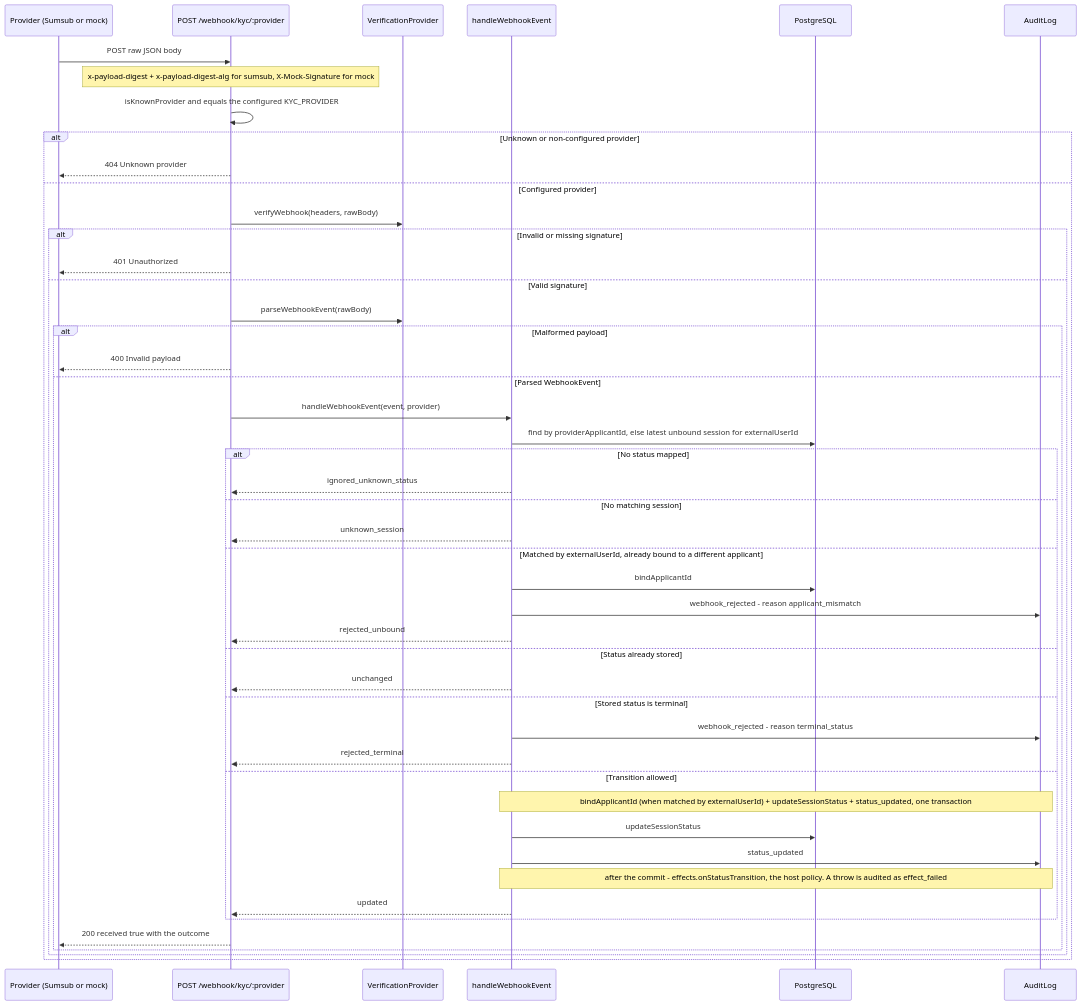
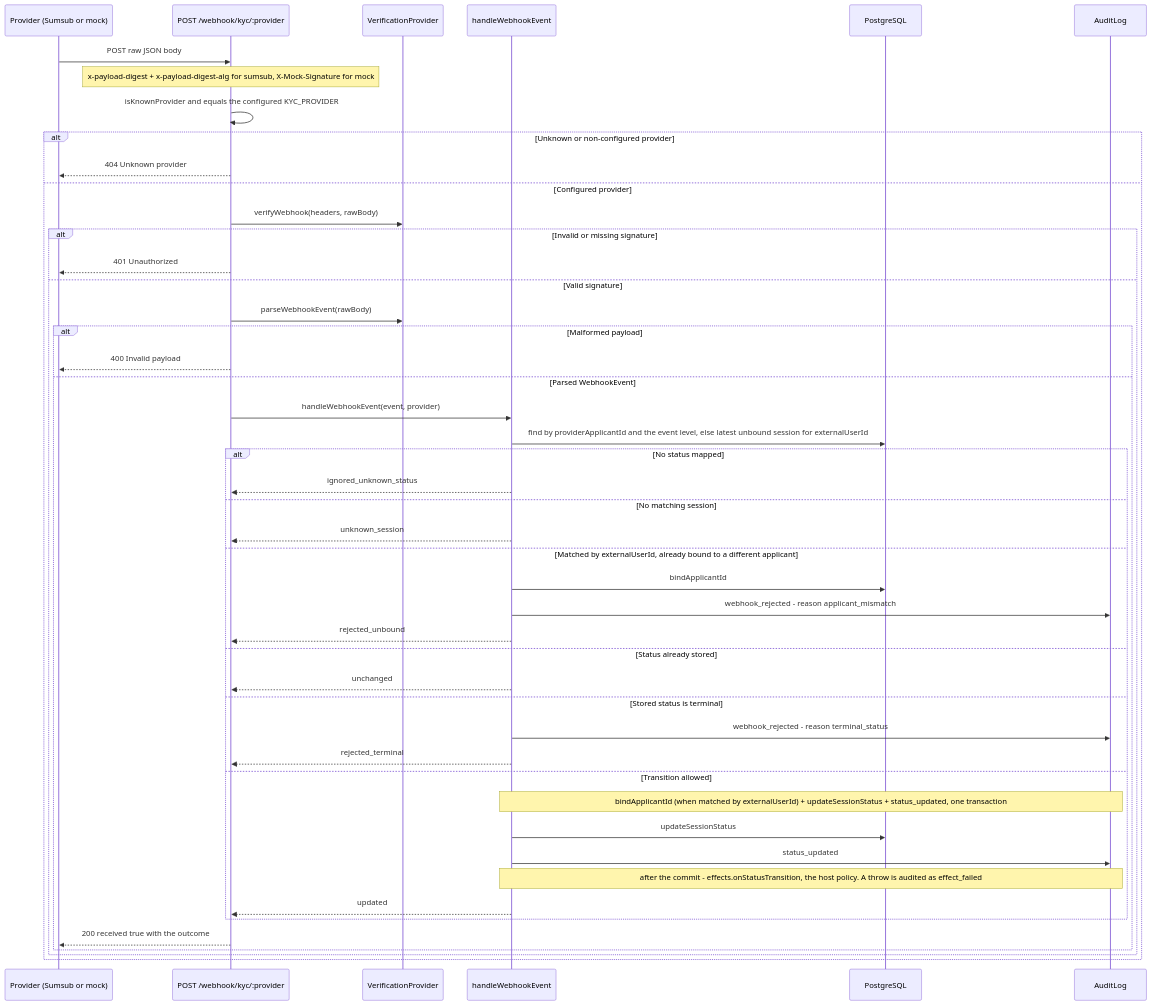
The diagram in docs/diagrams/src/webhook-flow.mmd (blinkbitcoin/kyc), drawn with Mermaid before and after one commit. The commit also changed 17 other files, not shown here.

```diff
--- a/docs/diagrams/src/webhook-flow.mmd
+++ b/docs/diagrams/src/webhook-flow.mmd
@@ -1,49 +1,49 @@
 sequenceDiagram
     participant PR as Provider (Sumsub or mock)
     participant WH as POST /webhook/kyc/:provider
     participant PV as VerificationProvider
     participant SM as handleWebhookEvent
     participant DB as PostgreSQL
     participant AL as AuditLog
 
     PR->>WH: POST raw JSON body
     Note over WH: x-payload-digest + x-payload-digest-alg for sumsub, X-Mock-Signature for mock
 
     WH->>WH: isKnownProvider and equals the configured KYC_PROVIDER
     alt Unknown or non-configured provider
         WH-->>PR: 404 Unknown provider
     else Configured provider
         WH->>PV: verifyWebhook(headers, rawBody)
         alt Invalid or missing signature
             WH-->>PR: 401 Unauthorized
         else Valid signature
             WH->>PV: parseWebhookEvent(rawBody)
             alt Malformed payload
                 WH-->>PR: 400 Invalid payload
             else Parsed WebhookEvent
                 WH->>SM: handleWebhookEvent(event, provider)
-                SM->>DB: find by providerApplicantId, else latest unbound session for externalUserId
+                SM->>DB: find by providerApplicantId and the event level, else latest unbound session for externalUserId
                 alt No status mapped
                     SM-->>WH: ignored_unknown_status
                 else No matching session
                     SM-->>WH: unknown_session
                 else Matched by externalUserId, already bound to a different applicant
                     SM->>DB: bindApplicantId
                     SM->>AL: webhook_rejected - reason applicant_mismatch
                     SM-->>WH: rejected_unbound
                 else Status already stored
                     SM-->>WH: unchanged
                 else Stored status is terminal
                     SM->>AL: webhook_rejected - reason terminal_status
                     SM-->>WH: rejected_terminal
                 else Transition allowed
                     Note over SM,AL: bindApplicantId (when matched by externalUserId) + updateSessionStatus + status_updated, one transaction
                     SM->>DB: updateSessionStatus
                     SM->>AL: status_updated
                     Note over SM,AL: after the commit - effects.onStatusTransition, the host policy. A throw is audited as effect_failed
                     SM-->>WH: updated
                 end
                 WH-->>PR: 200 received true with the outcome
             end
         end
     end
```
